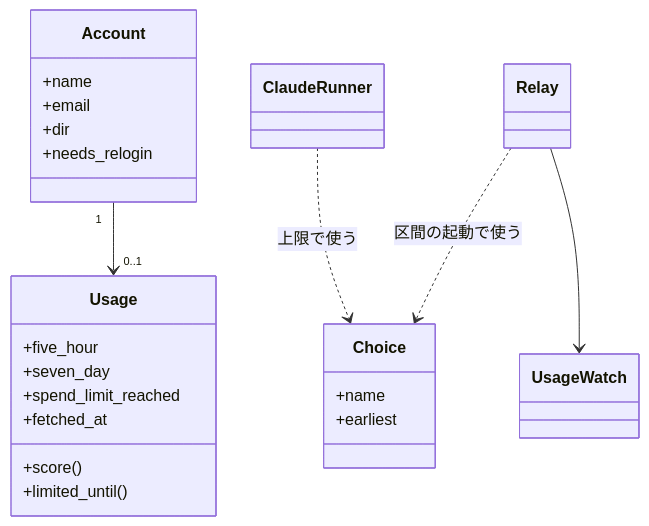
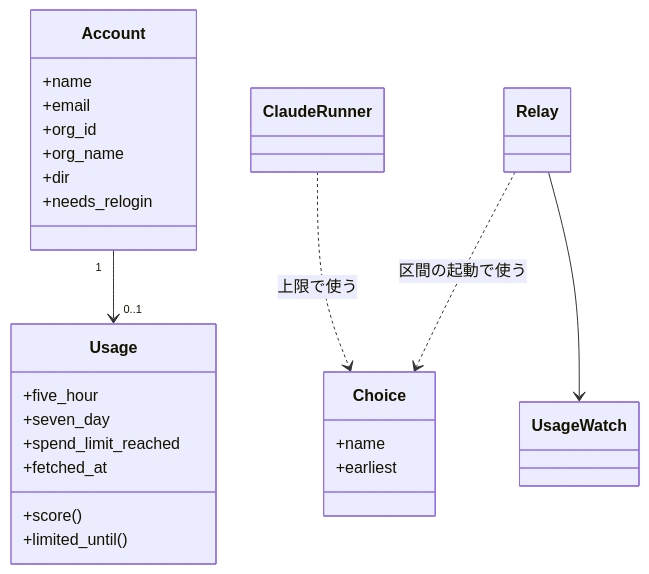
The fourth of 9 diagrams in issues/issue-1389-design.md (devbasex/ai-plugins), drawn with Mermaid before and after one commit. The commit also changed other lines of this file and 7 other files, not shown here.

````diff
--- a/issues/issue-1389-design.md
+++ b/issues/issue-1389-design.md
@@ -265,25 +265,27 @@
 ```mermaid
 classDiagram
     class Account {
         +name
         +email
+        +org_id
+        +org_name
         +dir
         +needs_relogin
     }
     class Usage {
         +five_hour
         +seven_day
         +spend_limit_reached
         +fetched_at
         +score()
         +limited_until()
     }
     class Choice {
         +name
         +earliest
     }
     Account "1" --> "0..1" Usage
     Relay ..> Choice : 区間の起動で使う
     ClaudeRunner ..> Choice : 上限で使う
     Relay --> UsageWatch
 ```
````
